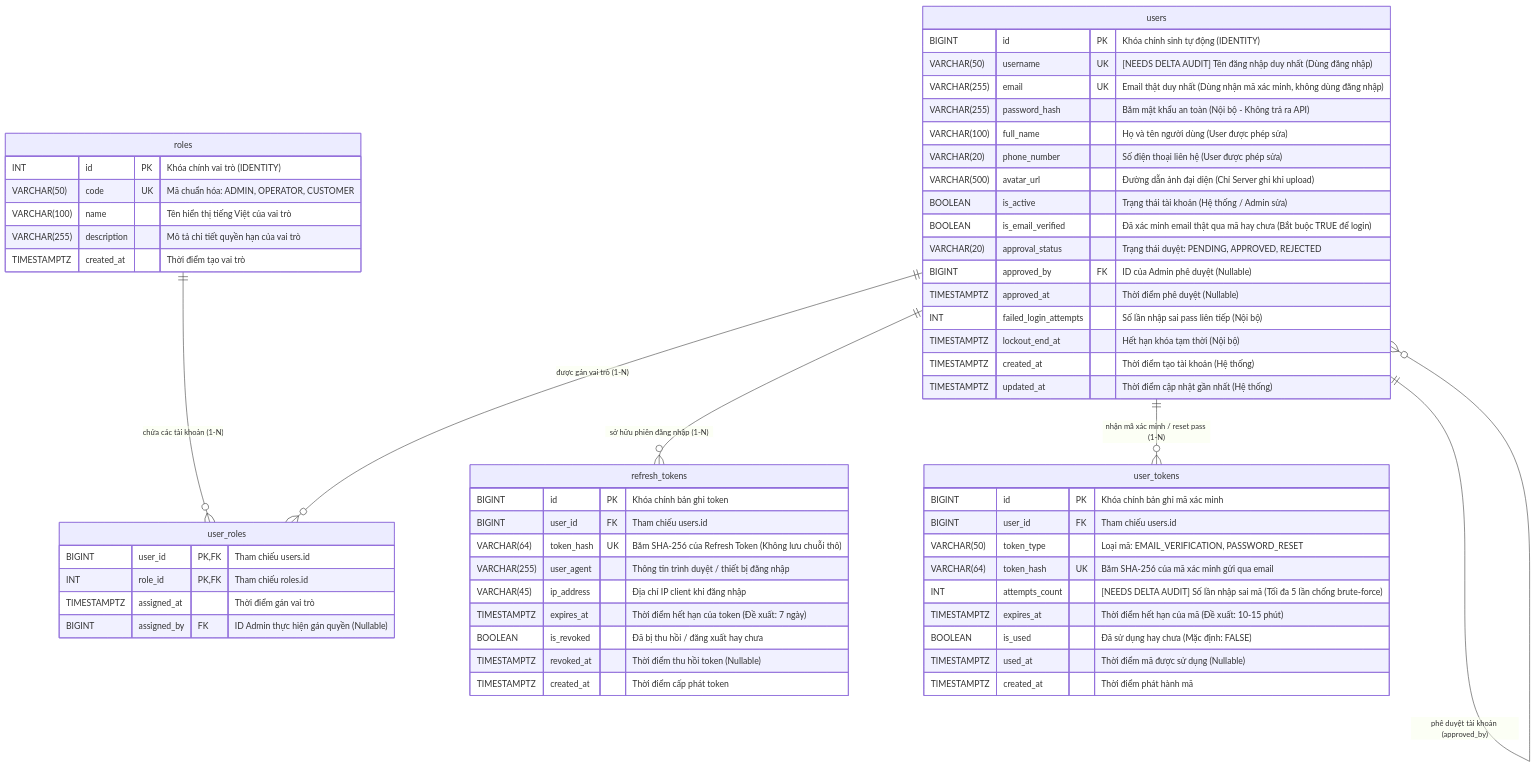
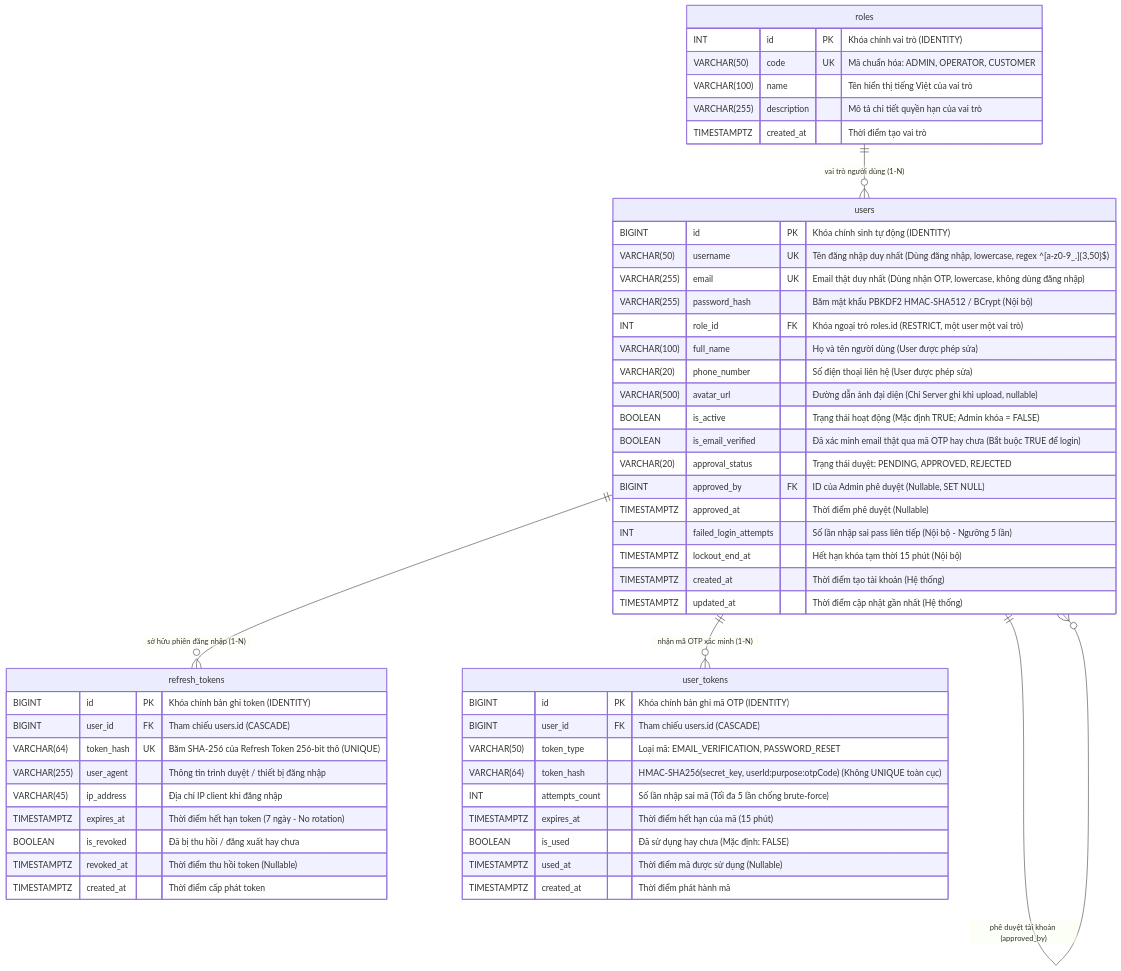
Before and after one commit to silver-phung/smart-parking-system: the diagram in docs/database/07_ACCOUNTS_ERD.md, drawn with Mermaid. The commit also changed other lines of this file and 8 other files, not shown here.

First line of the commit message:
docs(database): finalize accounts database design and ERD specifications

````diff
--- a/docs/database/07_ACCOUNTS_ERD.md
+++ b/docs/database/07_ACCOUNTS_ERD.md
@@ -22,66 +29,59 @@
 ```mermaid
 erDiagram
-    users ||--o{ user_roles : "được gán vai trò (1-N)"
-    roles ||--o{ user_roles : "chứa các tài khoản (1-N)"
+    roles ||--o{ users : "vai trò người dùng (1-N)"
     users ||--o{ refresh_tokens : "sở hữu phiên đăng nhập (1-N)"
-    users ||--o{ user_tokens : "nhận mã xác minh / reset pass (1-N)"
+    users ||--o{ user_tokens : "nhận mã OTP xác minh (1-N)"
     users ||--o{ users : "phê duyệt tài khoản (approved_by)"
 
     users {
         BIGINT id PK "Khóa chính sinh tự động (IDENTITY)"
-        VARCHAR(50) username UK "[NEEDS DELTA AUDIT] Tên đăng nhập duy nhất (Dùng đăng nhập)"
-        VARCHAR(255) email UK "Email thật duy nhất (Dùng nhận mã xác minh, không dùng đăng nhập)"
-        VARCHAR(255) password_hash "Băm mật khẩu an toàn (Nội bộ - Không trả ra API)"
+        VARCHAR(50) username UK "Tên đăng nhập duy nhất (Dùng đăng nhập, lowercase, regex ^[a-z0-9_.]{3,50}$)"
+        VARCHAR(255) email UK "Email thật duy nhất (Dùng nhận OTP, lowercase, không dùng đăng nhập)"
+        VARCHAR(255) password_hash "Băm mật khẩu PBKDF2 HMAC-SHA512 / BCrypt (Nội bộ)"
+        INT role_id FK "Khóa ngoại trỏ roles.id (RESTRICT, một user một vai trò)"
         VARCHAR(100) full_name "Họ và tên người dùng (User được phép sửa)"
         VARCHAR(20) phone_number "Số điện thoại liên hệ (User được phép sửa)"
-        VARCHAR(500) avatar_url "Đường dẫn ảnh đại diện (Chỉ Server ghi khi upload)"
-        BOOLEAN is_active "Trạng thái tài khoản (Hệ thống / Admin sửa)"
-        BOOLEAN is_email_verified "Đã xác minh email thật qua mã hay chưa (Bắt buộc TRUE để login)"
+        VARCHAR(500) avatar_url "Đường dẫn ảnh đại diện (Chỉ Server ghi khi upload, nullable)"
+        BOOLEAN is_active "Trạng thái hoạt động (Mặc định TRUE; Admin khóa = FALSE)"
+        BOOLEAN is_email_verified "Đã xác minh email thật qua mã OTP hay chưa (Bắt buộc TRUE để login)"
         VARCHAR(20) approval_status "Trạng thái duyệt: PENDING, APPROVED, REJECTED"
-        BIGINT approved_by FK "ID của Admin phê duyệt (Nullable)"
+        BIGINT approved_by FK "ID của Admin phê duyệt (Nullable, SET NULL)"
         TIMESTAMPTZ approved_at "Thời điểm phê duyệt (Nullable)"
-        INT failed_login_attempts "Số lần nhập sai pass liên tiếp (Nội bộ)"
-        TIMESTAMPTZ lockout_end_at "Hết hạn khóa tạm thời (Nội bộ)"
+        INT failed_login_attempts "Số lần nhập sai pass liên tiếp (Nội bộ - Ngưỡng 5 lần)"
+        TIMESTAMPTZ lockout_end_at "Hết hạn khóa tạm thời 15 phút (Nội bộ)"
         TIMESTAMPTZ created_at "Thời điểm tạo tài khoản (Hệ thống)"
         TIMESTAMPTZ updated_at "Thời điểm cập nhật gần nhất (Hệ thống)"
     }
 
     roles {
         INT id PK "Khóa chính vai trò (IDENTITY)"
         VARCHAR(50) code UK "Mã chuẩn hóa: ADMIN, OPERATOR, CUSTOMER"
         VARCHAR(100) name "Tên hiển thị tiếng Việt của vai trò"
         VARCHAR(255) description "Mô tả chi tiết quyền hạn của vai trò"
         TIMESTAMPTZ created_at "Thời điểm tạo vai trò"
     }
 
-    user_roles {
-        BIGINT user_id PK,FK "Tham chiếu users.id"
-        INT role_id PK,FK "Tham chiếu roles.id"
-        TIMESTAMPTZ assigned_at "Thời điểm gán vai trò"
-        BIGINT assigned_by FK "ID Admin thực hiện gán quyền (Nullable)"
-    }
-
     refresh_tokens {
-        BIGINT id PK "Khóa chính bản ghi token"
-        BIGINT user_id FK "Tham chiếu users.id"
-        VARCHAR(64) token_hash UK "Băm SHA-256 của Refresh Token (Không lưu chuỗi thô)"
+        BIGINT id PK "Khóa chính bản ghi token (IDENTITY)"
+        BIGINT user_id FK "Tham chiếu users.id (CASCADE)"
+        VARCHAR(64) token_hash UK "Băm SHA-256 của Refresh Token 256-bit thô (UNIQUE)"
         VARCHAR(255) user_agent "Thông tin trình duyệt / thiết bị đăng nhập"
         VARCHAR(45) ip_address "Địa chỉ IP client khi đăng nhập"
-        TIMESTAMPTZ expires_at "Thời điểm hết hạn của token (Đề xuất: 7 ngày)"
+        TIMESTAMPTZ expires_at "Thời điểm hết hạn token (7 ngày - No rotation)"
         BOOLEAN is_revoked "Đã bị thu hồi / đăng xuất hay chưa"
         TIMESTAMPTZ revoked_at "Thời điểm thu hồi token (Nullable)"
         TIMESTAMPTZ created_at "Thời điểm cấp phát token"
     }
 
     user_tokens {
-        BIGINT id PK "Khóa chính bản ghi mã xác minh"
-        BIGINT user_id FK "Tham chiếu users.id"
+        BIGINT id PK "Khóa chính bản ghi mã OTP (IDENTITY)"
+        BIGINT user_id FK "Tham chiếu users.id (CASCADE)"
         VARCHAR(50) token_type "Loại mã: EMAIL_VERIFICATION, PASSWORD_RESET"
-        VARCHAR(64) token_hash UK "Băm SHA-256 của mã xác minh gửi qua email"
-        INT attempts_count "[NEEDS DELTA AUDIT] Số lần nhập sai mã (Tối đa 5 lần chống brute-force)"
-        TIMESTAMPTZ expires_at "Thời điểm hết hạn của mã (Đề xuất: 10-15 phút)"
+        VARCHAR(64) token_hash "HMAC-SHA256(secret_key, userId:purpose:otpCode) (Không UNIQUE toàn cục)"
+        INT attempts_count "Số lần nhập sai mã (Tối đa 5 lần chống brute-force)"
+        TIMESTAMPTZ expires_at "Thời điểm hết hạn của mã (15 phút)"
         BOOLEAN is_used "Đã sử dụng hay chưa (Mặc định: FALSE)"
         TIMESTAMPTZ used_at "Thời điểm mã được sử dụng (Nullable)"
         TIMESTAMPTZ created_at "Thời điểm phát hành mã"
     }
 ```
````
